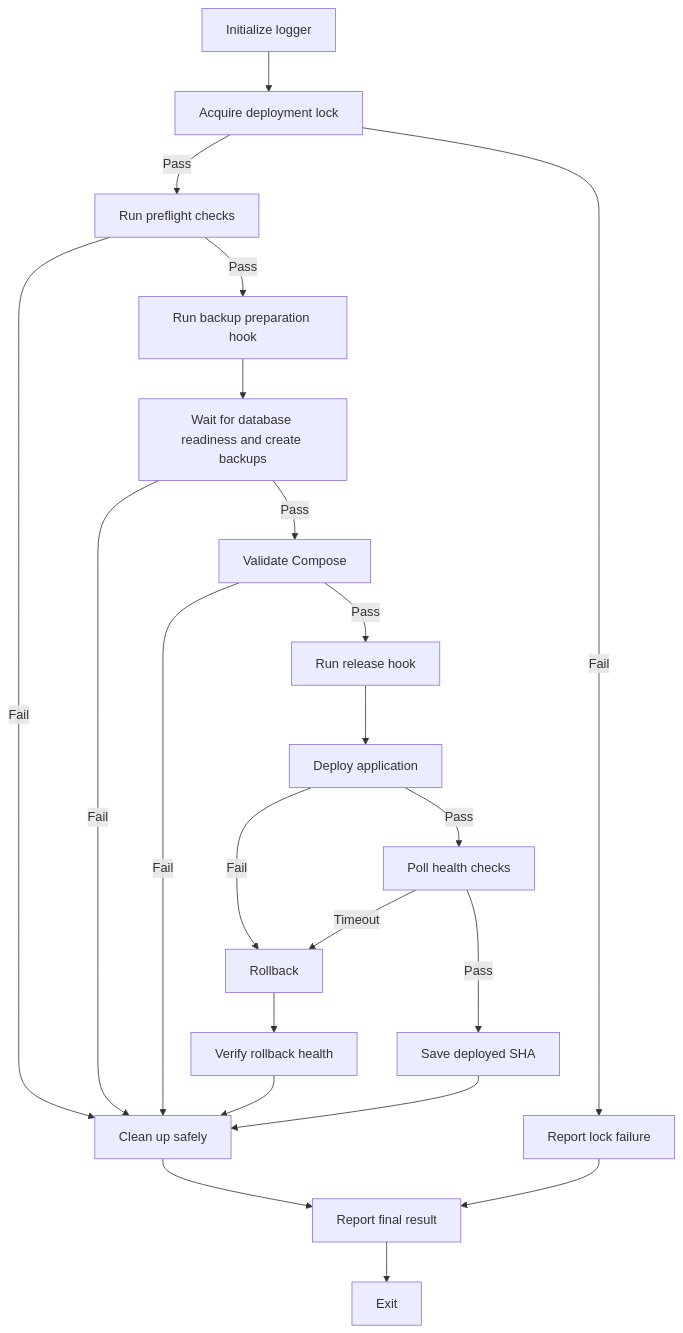
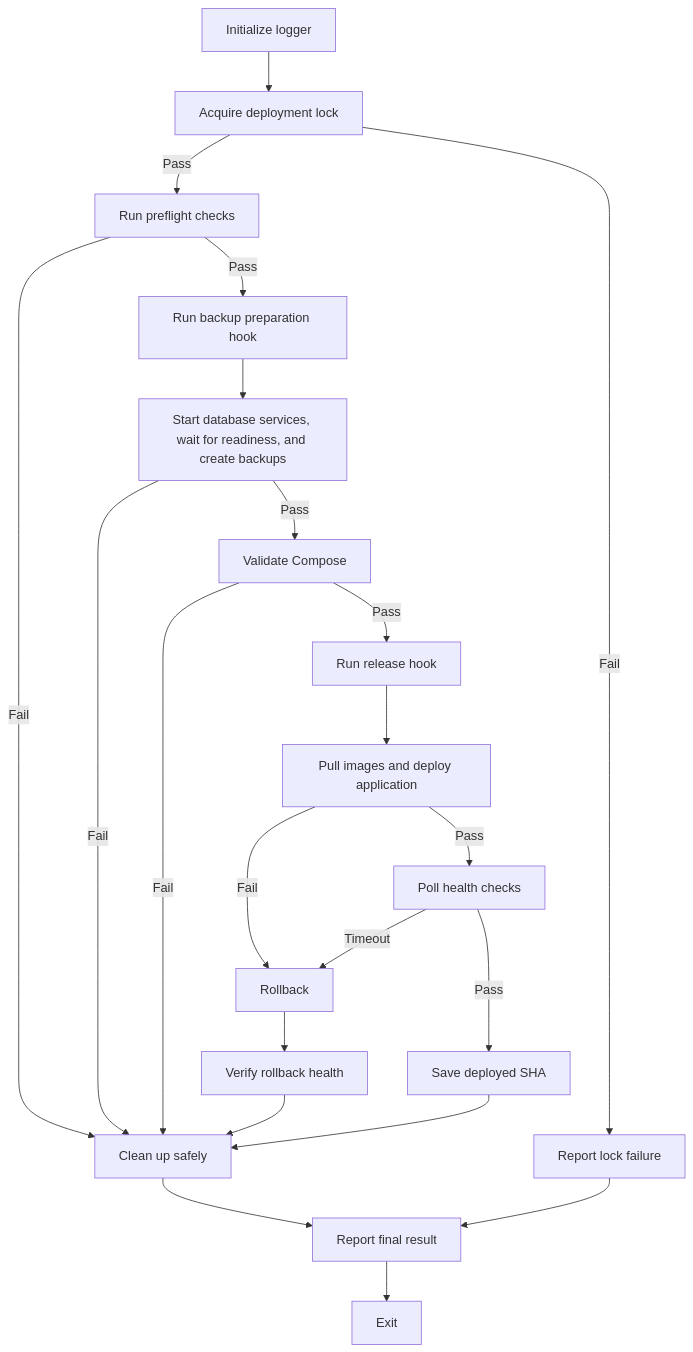
The diagram in skills/docker-deployment-automation/SKILL.md (awenmirasol234/opencode), drawn with Mermaid before and after one commit. The commit also changed other lines of this file and 2 other files, not shown here.

````diff
--- a/skills/docker-deployment-automation/SKILL.md
+++ b/skills/docker-deployment-automation/SKILL.md
@@ -70,31 +70,31 @@
 ```mermaid
 flowchart TD
     A[Initialize logger] --> B[Acquire deployment lock]
     B -->|Pass| C[Run preflight checks]
     B -->|Fail| Z[Report lock failure]
 
     C -->|Pass| D[Run backup preparation hook]
     C -->|Fail| K[Clean up safely]
 
-    D --> E[Wait for database readiness and create backups]
+    D --> E[Start database services, wait for readiness, and create backups]
     E -->|Pass| F[Validate Compose]
     E -->|Fail| K
 
     F -->|Pass| G[Run release hook]
     F -->|Fail| K
 
-    G --> H[Deploy application]
+    G --> H[Pull images and deploy application]
     H -->|Pass| I[Poll health checks]
     H -->|Fail| J[Rollback]
 
     I -->|Pass| L[Save deployed SHA]
     I -->|Timeout| J
 
     J --> M[Verify rollback health]
     M --> K[Clean up safely]
     L --> K
 
     K --> N[Report final result]
     N --> O[Exit]
     Z --> N
 ```
````
